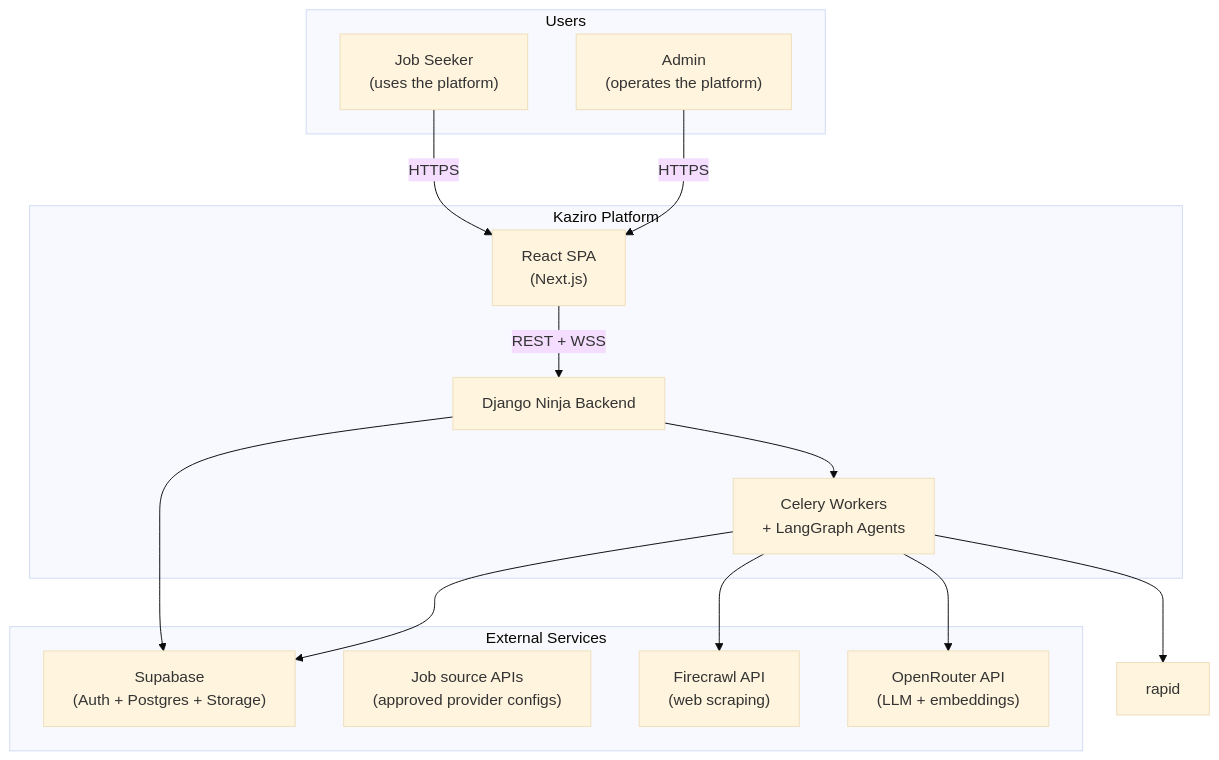
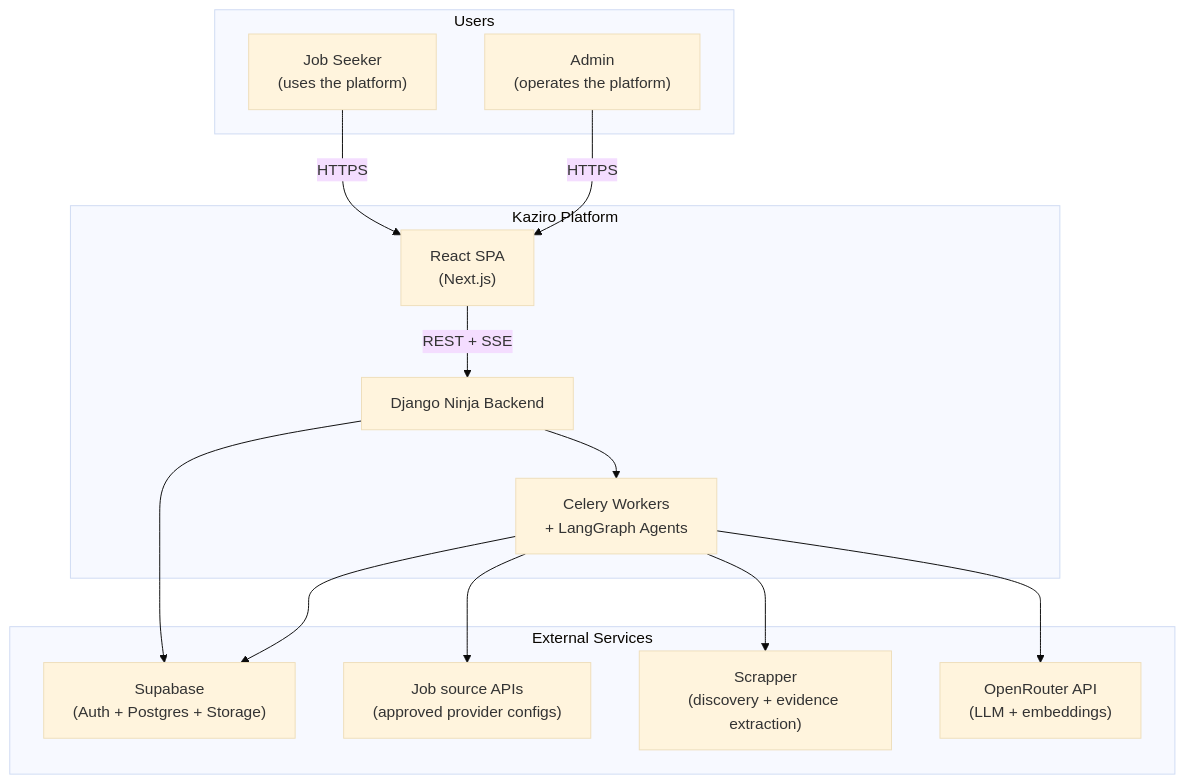
The diagram in docs/architecture/diagrams/system-context.md (Gathondu/kaziro), drawn with Mermaid (base theme) before and after one commit. The commit also changed other lines of this file and 114 other files, not shown here.

````diff
--- a/docs/architecture/diagrams/system-context.md
+++ b/docs/architecture/diagrams/system-context.md
@@ -13,30 +13,30 @@
 ```mermaid
 flowchart TB
   subgraph users [Users]
     user["Job Seeker<br/>(uses the platform)"]
     admin["Admin<br/>(operates the platform)"]
   end
 
   subgraph kaziro [Kaziro Platform]
     fe["React SPA<br/>(Next.js)"]
     api["Django Ninja Backend"]
     workers["Celery Workers<br/>+ LangGraph Agents"]
   end
 
   subgraph external [External Services]
     supa["Supabase<br/>(Auth + Postgres + Storage)"]
     sources["Job source APIs<br/>(approved provider configs)"]
-    firecrawl["Firecrawl API<br/>(web scraping)"]
+    scrapper["Scrapper<br/>(discovery + evidence extraction)"]
     openrouter["OpenRouter API<br/>(LLM + embeddings)"]
   end
 
   user -->|HTTPS| fe
   admin -->|HTTPS| fe
-  fe -->|REST + WSS| api
+  fe -->|REST + SSE| api
   api --> supa
   api --> workers
-  workers --> rapid
-  workers --> firecrawl
+  workers --> sources
+  workers --> scrapper
   workers --> openrouter
   workers --> supa
 ```
````
